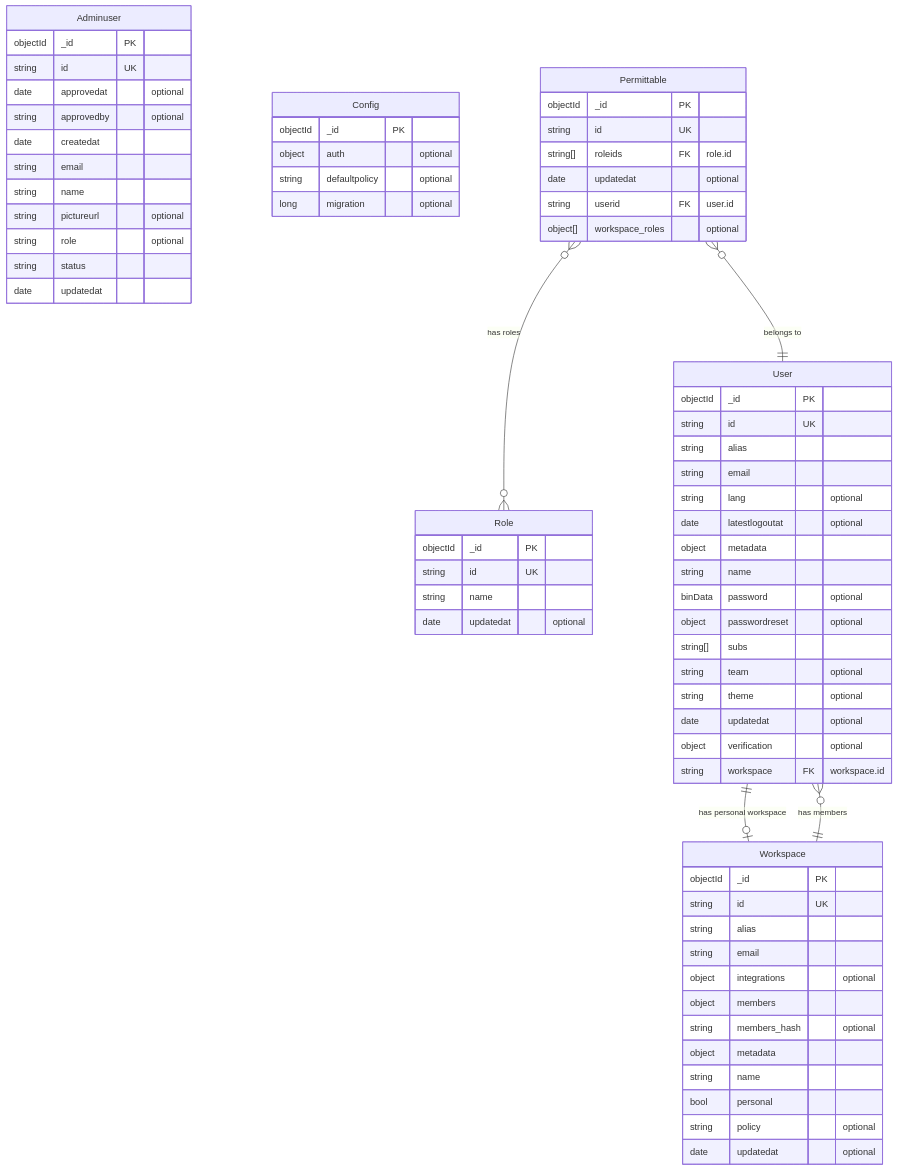
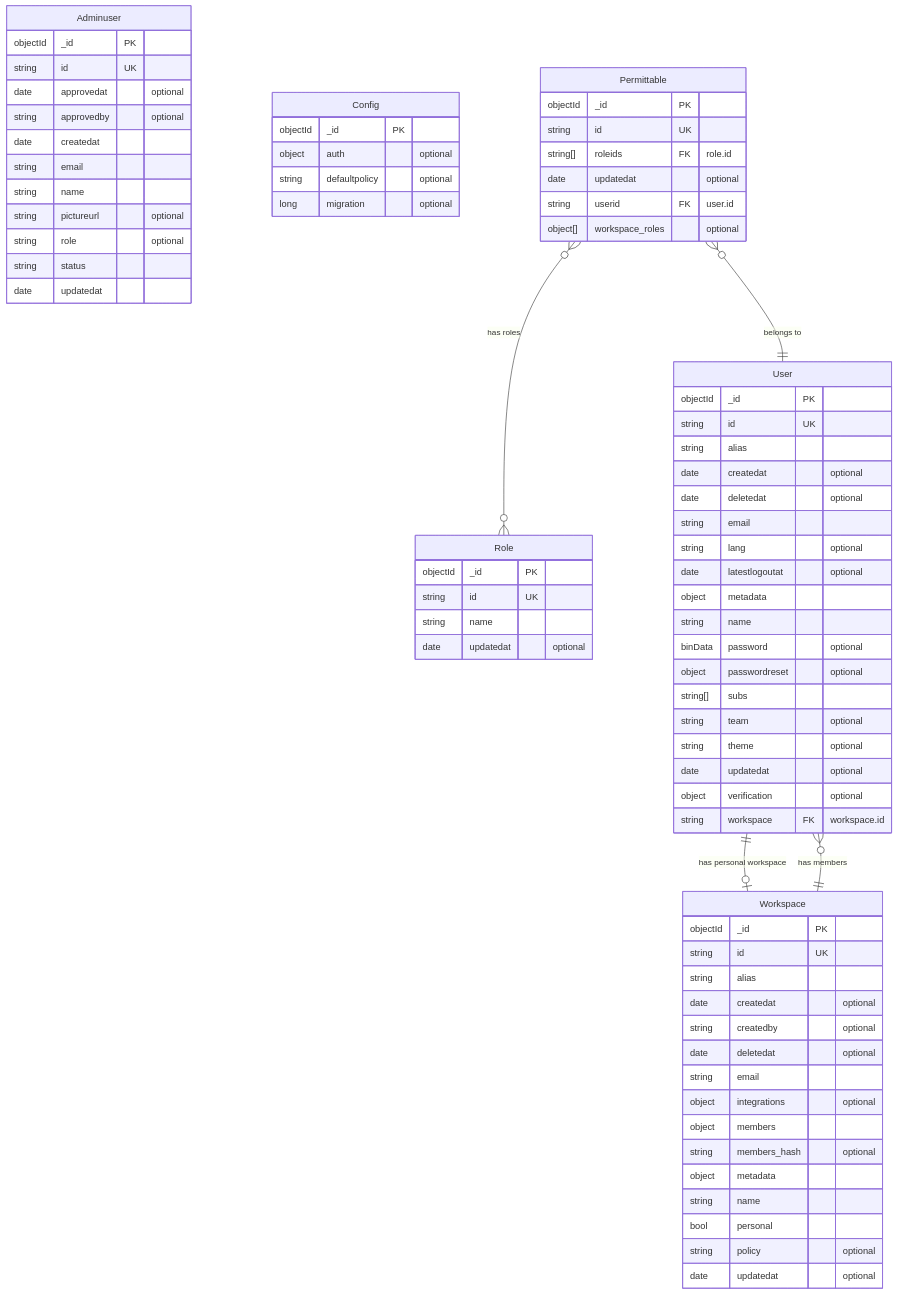
The diagram in server/internal/infrastructure/mongo/schema/ER.md (reearth/reearth-accounts), drawn with Mermaid before and after one commit. The commit also changed 8 other files, not shown here.

```diff
--- a/server/internal/infrastructure/mongo/schema/ER.md
+++ b/server/internal/infrastructure/mongo/schema/ER.md
@@ -45,6 +45,8 @@
         objectId _id PK
         string id UK
         string alias
+        date createdat "optional"
+        date deletedat "optional"
         string email
         string lang "optional"
         date latestlogoutat "optional"
@@ -64,6 +66,9 @@
         objectId _id PK
         string id UK
         string alias
+        date createdat "optional"
+        string createdby "optional"
+        date deletedat "optional"
         string email
         object integrations "optional"
         object members
```
